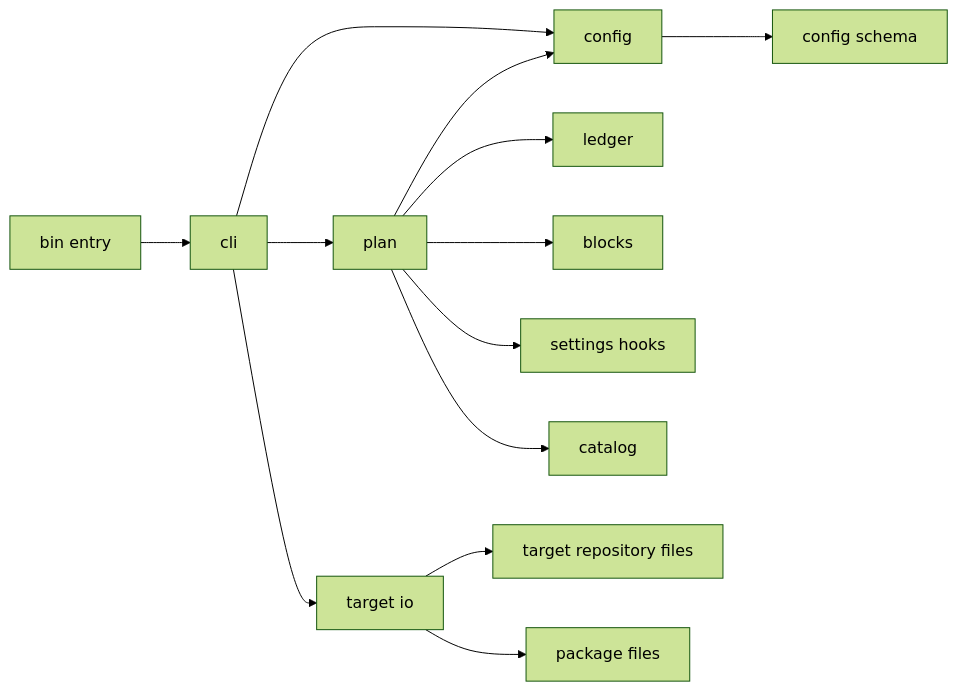
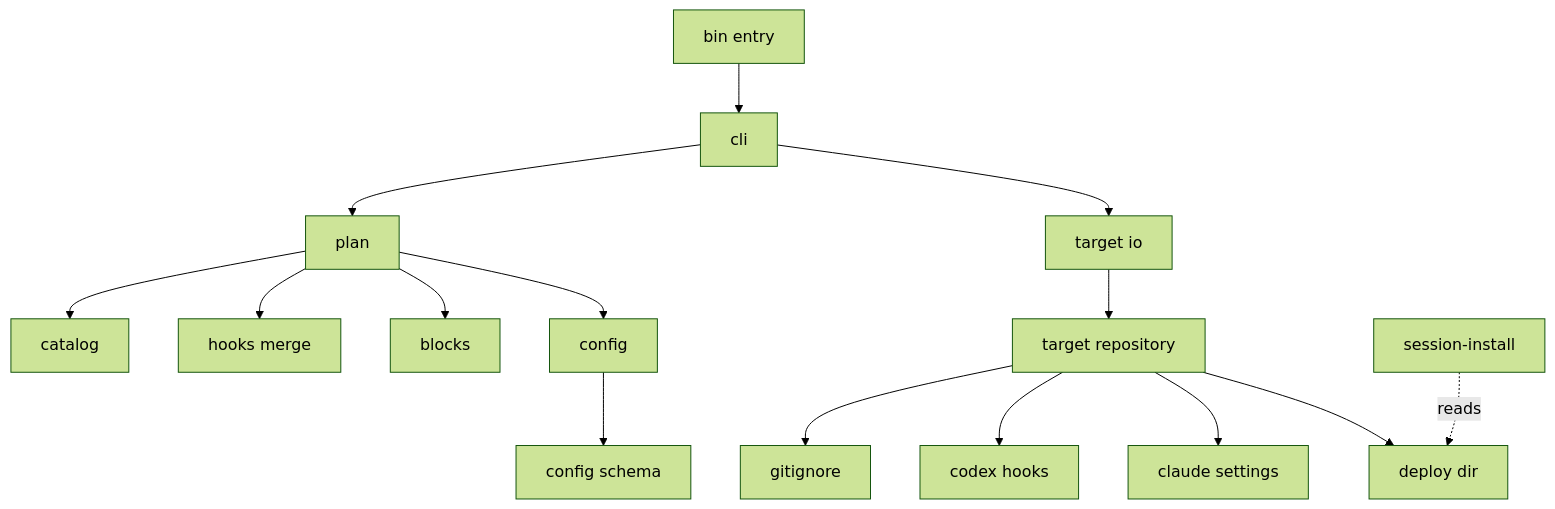
The first of 2 diagrams in .kiro/specs/installer-core/design.md (nekono-dev/cc-sdd-bootstrap), drawn with Mermaid (forest theme) before and after one commit. The commit also changed other lines of this file and 4 other files, not shown here.

````diff
--- a/.kiro/specs/installer-core/design.md
+++ b/.kiro/specs/installer-core/design.md
@@ -63,15 +64,17 @@
 ```mermaid
-graph LR
+graph TB
     Bin[bin entry] --> Cli[cli]
+    Cli --> Target[target io]
     Cli --> Plan[plan]
-    Cli --> Target[target io]
-    Cli --> Config[config]
-    Plan --> Config
-    Plan --> Ledger[ledger]
+    Plan --> Config[config]
     Plan --> Blocks[blocks]
-    Plan --> SettingsHooks[settings hooks]
+    Plan --> HooksMerge[hooks merge]
     Plan --> Catalog[catalog]
     Config --> Schema[config schema]
-    Target --> RepoFiles[target repository files]
-    Target --> PackageFiles[package files]
+    Target --> Repo[target repository]
+    Repo --> DeployDir[deploy dir]
+    Repo --> ClaudeSettings[claude settings]
+    Repo --> CodexHooks[codex hooks]
+    Repo --> Gitignore[gitignore]
+    SessionInstall[session-install] -.reads.-> DeployDir
 ```
````
